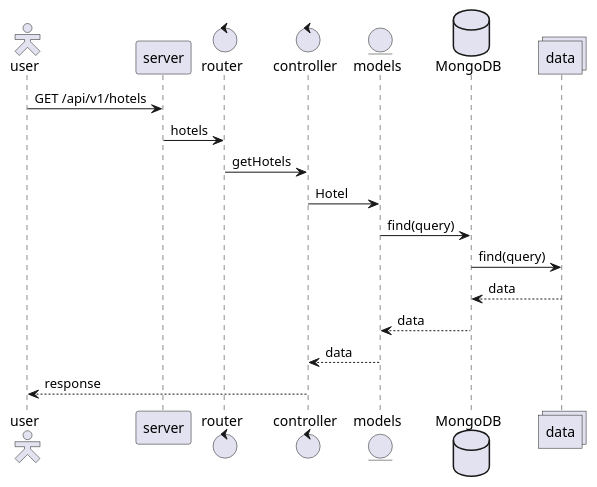
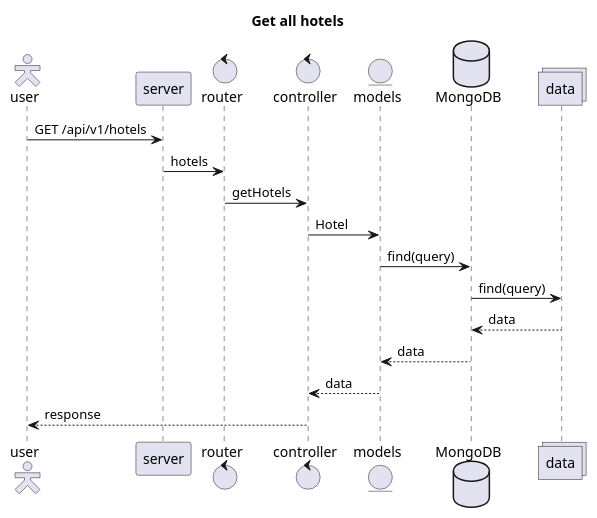
Before and after one commit to 2110503TACEDT66/presentation-day-1-groupback: the diagram in diagrams/sequence.puml, drawn with PlantUML. The commit also changed 2 other files, not shown here.

Commit message:
diagram amend

```diff
--- a/diagrams/sequence.puml
+++ b/diagrams/sequence.puml
@@ -1,20 +1,21 @@
 @startuml sequence
+title Get all hotels
 skinparam actorStyle Hollow
 actor user
 participant server
 control router
 control controller
 entity models
 database MongoDB as db
 collections data
 user -> server : GET /api/v1/hotels
 server -> router : hotels
 router -> controller : getHotels
 controller -> models : Hotel
 models -> db : find(query)
 db -> data : find(query)
 db <-- data : data
 models <-- db : data
 controller <-- models : data
 user <-- controller : response
 @enduml
```
